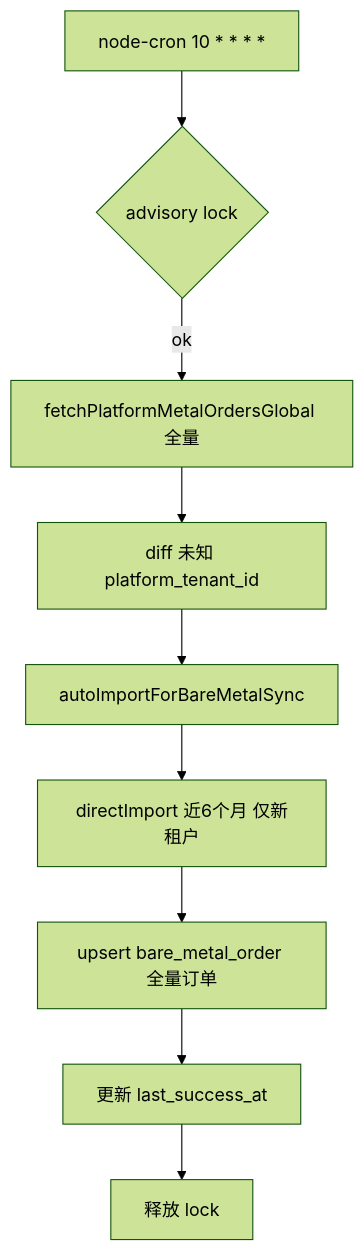
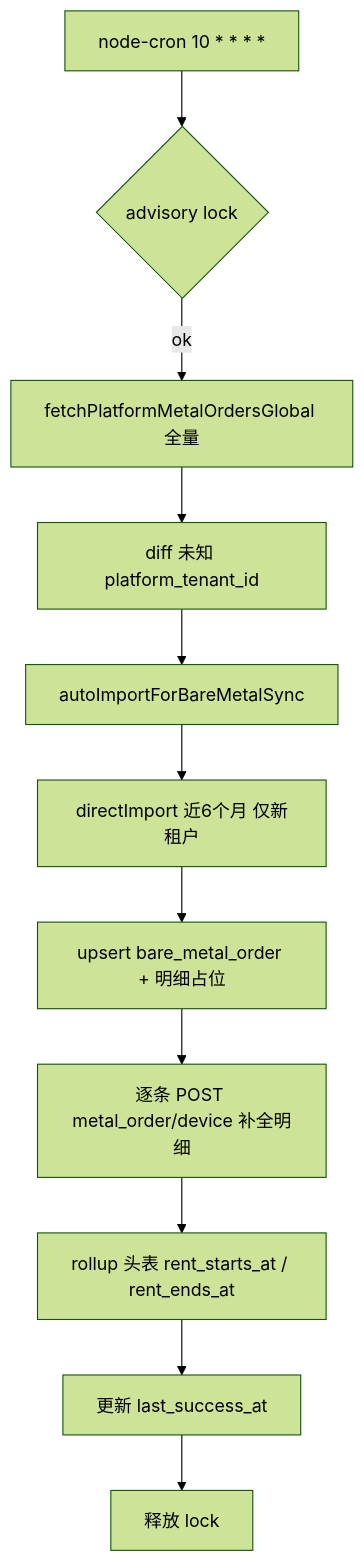
Before and after one commit to metacode0602/opencomfy-hub: the fourth of 5 diagrams in apps/web/content/design/bare-metal-order-schema-design.md, drawn with Mermaid (forest theme). The commit also changed other lines of this file and 68 other files, not shown here.

Commit message:
feat(apps-web): finish metal order import when cacluate monthly cost

````diff
--- a/apps/web/content/design/bare-metal-order-schema-design.md
+++ b/apps/web/content/design/bare-metal-order-schema-design.md
@@ -540,11 +644,13 @@
 ```mermaid
 flowchart TB
   CRON["node-cron 10 * * * *"] --> LOCK{advisory lock}
   LOCK -->|ok| FULL[fetchPlatformMetalOrdersGlobal 全量]
   FULL --> UNK[diff 未知 platform_tenant_id]
   UNK --> AUTO[autoImportForBareMetalSync]
   AUTO --> BILL[directImport 近6个月 仅新租户]
-  BILL --> UPSERT[upsert bare_metal_order 全量订单]
-  UPSERT --> DONE[更新 last_success_at]
+  BILL --> UPSERT[upsert bare_metal_order + 明细占位]
+  UPSERT --> ENRICH[逐条 POST metal_order/device 补全明细]
+  ENRICH --> ROLLUP[rollup 头表 rent_starts_at / rent_ends_at]
+  ROLLUP --> DONE[更新 last_success_at]
   DONE --> UNLOCK[释放 lock]
 ```
````
